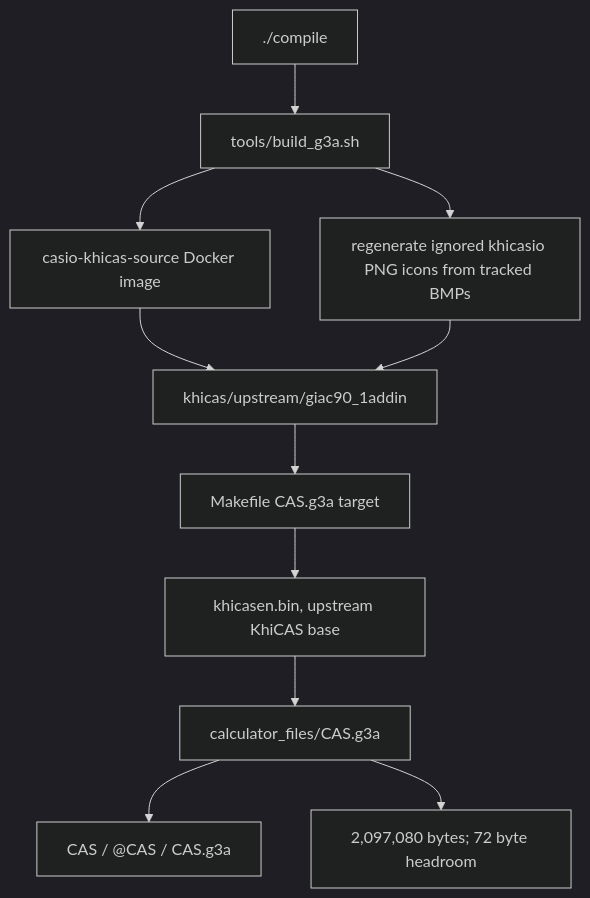
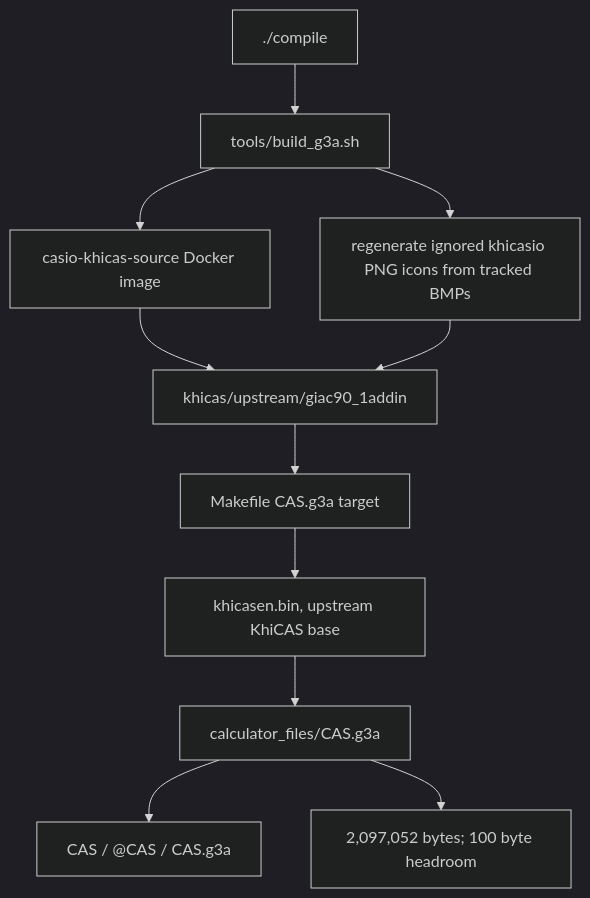
The first of 6 diagrams in docs/GRAPH.md (james8464/notes-addin-casio-fx-cg50), drawn with Mermaid (dark theme) before and after one commit. The commit also changed other lines of this file and 4 other files, not shown here.

````diff
--- a/docs/GRAPH.md
+++ b/docs/GRAPH.md
@@ -7,13 +7,13 @@
 ```mermaid
 graph TD
   Compile["./compile"] --> Build["tools/build_g3a.sh"]
   Build --> Docker["casio-khicas-source Docker image"]
   Docker --> Src["khicas/upstream/giac90_1addin"]
   Build --> Icons["regenerate ignored khicasio PNG icons from tracked BMPs"]
   Icons --> Src
   Src --> Make["Makefile CAS.g3a target"]
   Make --> Bin["khicasen.bin, upstream KhiCAS base"]
   Bin --> G3A["calculator_files/CAS.g3a"]
   G3A --> Meta["CAS / @CAS / CAS.g3a"]
-  G3A --> Size["2,097,080 bytes; 72 byte headroom"]
+  G3A --> Size["2,097,052 bytes; 100 byte headroom"]
 ```
````
